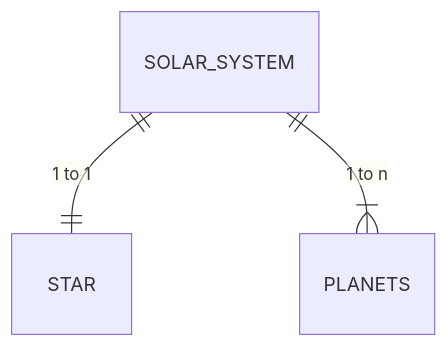
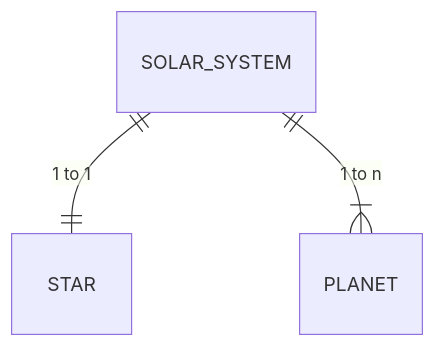
Before and after one commit to babilonczyk/graphql-api: the diagram in README.md, drawn with Mermaid.

````diff
--- a/README.md
+++ b/README.md
@@ -5,8 +5,8 @@
 ```mermaid
 ---
 Entities
 ---
 erDiagram
     SOLAR_SYSTEM ||--|| STAR : "1 to 1"
-    SOLAR_SYSTEM ||--|{ PLANETS : "1 to n"
+    SOLAR_SYSTEM ||--|{ PLANET : "1 to n"
 ```
````
